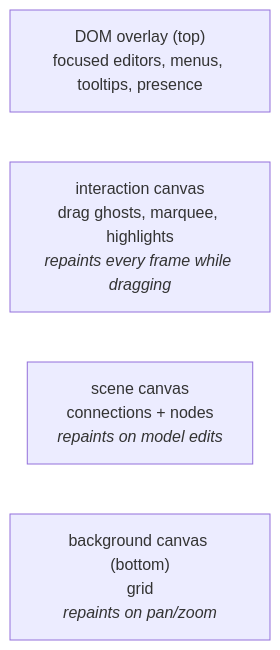
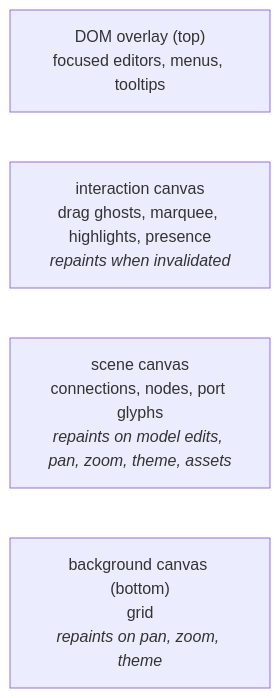
One commit to paceholder/nodeeditor-js changed the fourth of 5 diagrams in docs/architecture.md. Above: the diagram before and after it, drawn with Mermaid. The commit also changed other lines of this file and 3 other files, not shown here.

````diff
--- a/docs/architecture.md
+++ b/docs/architecture.md
@@ -193,8 +202,8 @@
 ```mermaid
 flowchart TB
-  overlay["DOM overlay (top)<br/>focused editors, menus, tooltips, presence"]
-  interaction["interaction canvas<br/>drag ghosts, marquee, highlights<br/><i>repaints every frame while dragging</i>"]
-  scene["scene canvas<br/>connections + nodes<br/><i>repaints on model edits</i>"]
-  background["background canvas (bottom)<br/>grid<br/><i>repaints on pan/zoom</i>"]
+  overlay["DOM overlay (top)<br/>focused editors, menus, tooltips"]
+  interaction["interaction canvas<br/>drag ghosts, marquee, highlights, presence<br/><i>repaints when invalidated</i>"]
+  scene["scene canvas<br/>connections, nodes, port glyphs<br/><i>repaints on model edits, pan, zoom, theme, assets</i>"]
+  background["background canvas (bottom)<br/>grid<br/><i>repaints on pan, zoom, theme</i>"]
   overlay ~~~ interaction ~~~ scene ~~~ background
 ```
````
